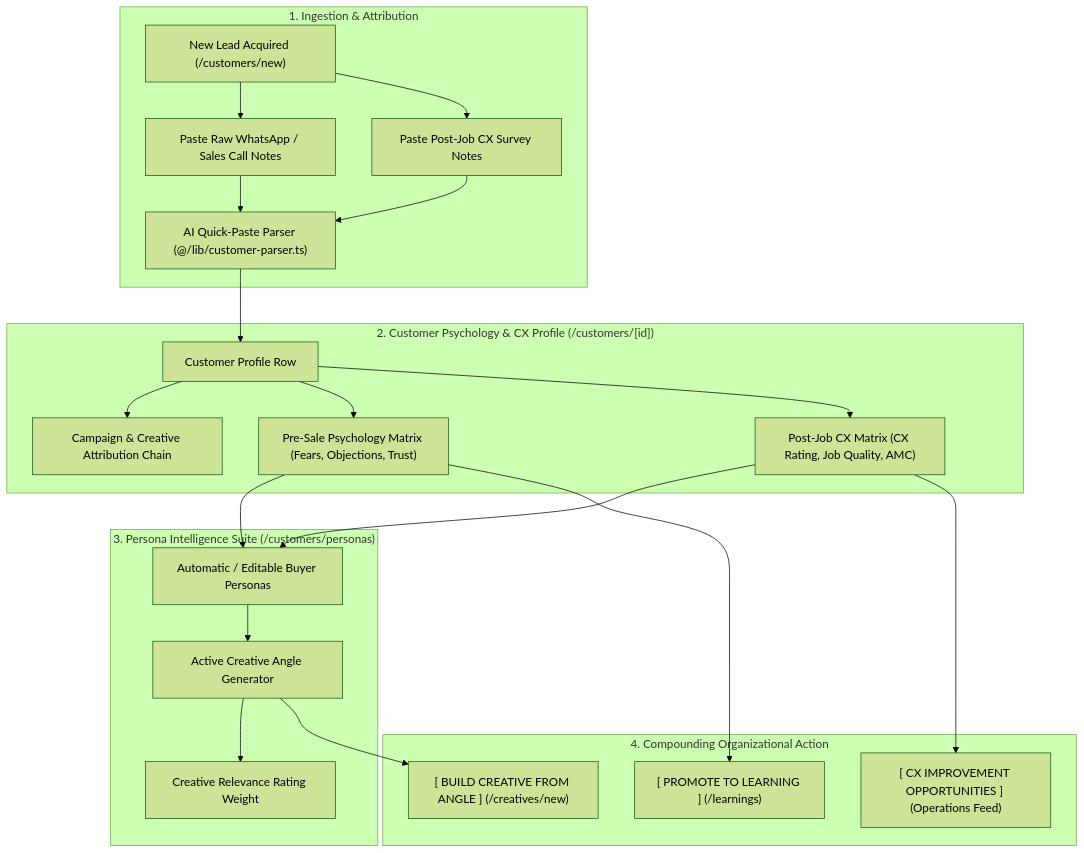
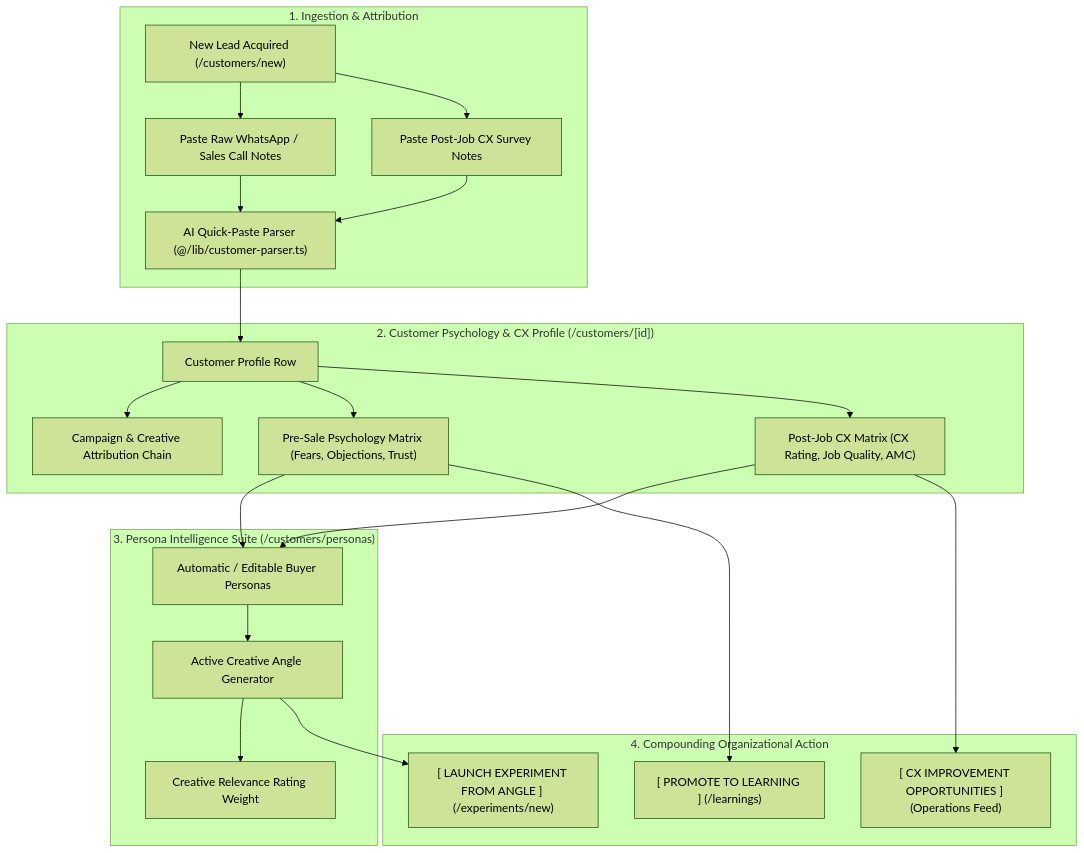
The diagram in docs/ux-research-customer-personas.md (joshihridesh001-png/MIOS), drawn with Mermaid (forest theme) before and after one commit. The commit also changed other lines of this file and 4 other files, not shown here.

Commit message:
feat(personas): integrate buyer personas synergetically with Experiments (LABS) rather than Creatives for testing new growth hypotheses and creative angles

````diff
--- a/docs/ux-research-customer-personas.md
+++ b/docs/ux-research-customer-personas.md
@@ -14,44 +14,44 @@
 ```mermaid
 graph TD
     subgraph "1. Ingestion & Attribution"
         Lead["New Lead Acquired (/customers/new)"]
         Chat["Paste Raw WhatsApp / Sales Call Notes"]
         Survey["Paste Post-Job CX Survey Notes"]
         Parser["AI Quick-Paste Parser (@/lib/customer-parser.ts)"]
     end
 
     subgraph "2. Customer Psychology & CX Profile (/customers/[id])"
         Profile["Customer Profile Row"]
         Attribution["Campaign & Creative Attribution Chain"]
         Psych["Pre-Sale Psychology Matrix (Fears, Objections, Trust)"]
         CX["Post-Job CX Matrix (CX Rating, Job Quality, AMC)"]
     end
 
     subgraph "3. Persona Intelligence Suite (/customers/personas)"
         Cluster["Automatic / Editable Buyer Personas"]
         Angles["Active Creative Angle Generator"]
         Rate["Creative Relevance Rating Weight"]
     end
 
     subgraph "4. Compounding Organizational Action"
         Learn["[ PROMOTE TO LEARNING ] (/learnings)"]
-        Create["[ BUILD CREATIVE FROM ANGLE ] (/creatives/new)"]
+        Create["[ LAUNCH EXPERIMENT FROM ANGLE ] (/experiments/new)"]
         Ops["[ CX IMPROVEMENT OPPORTUNITIES ] (Operations Feed)"]
     end
 
     Lead --> Chat
     Lead --> Survey
     Chat --> Parser
     Survey --> Parser
     Parser --> Profile
     Profile --> Attribution
     Profile --> Psych
     Profile --> CX
     Psych --> Cluster
     CX --> Cluster
     Cluster --> Angles
     Angles --> Rate
     Angles --> Create
     Psych --> Learn
     CX --> Ops
 ```
````
